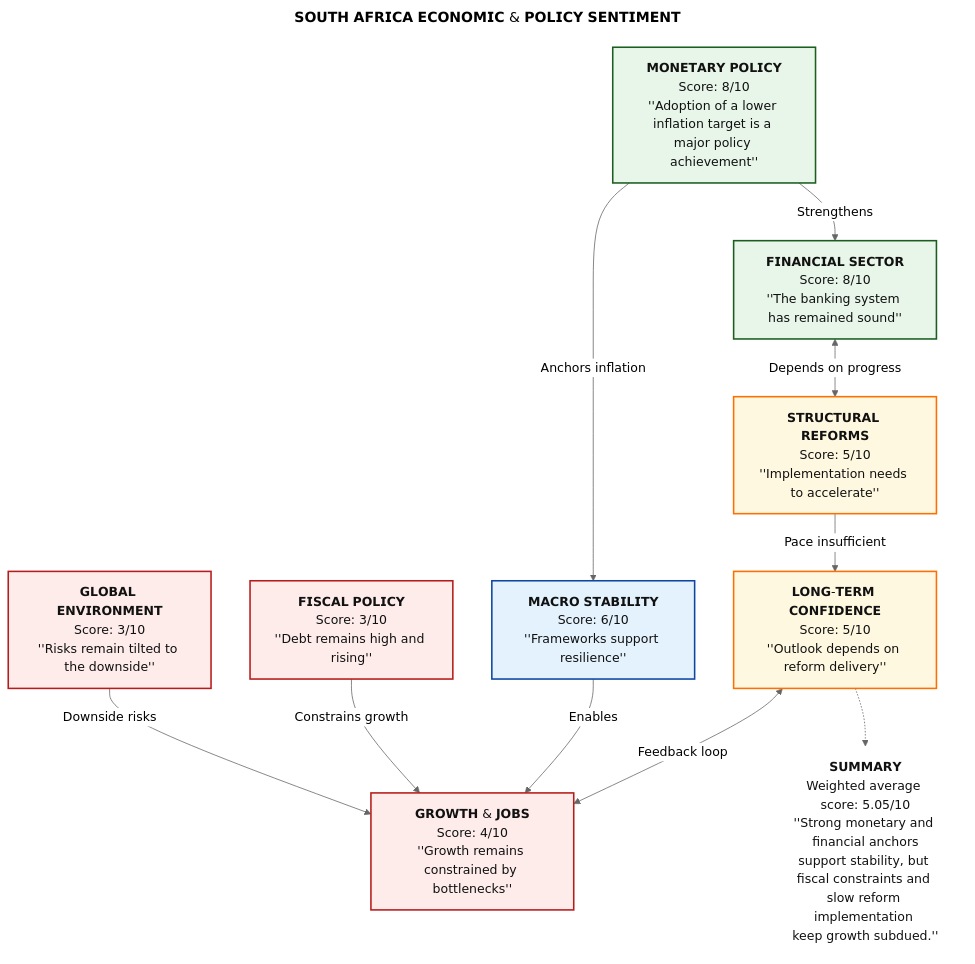
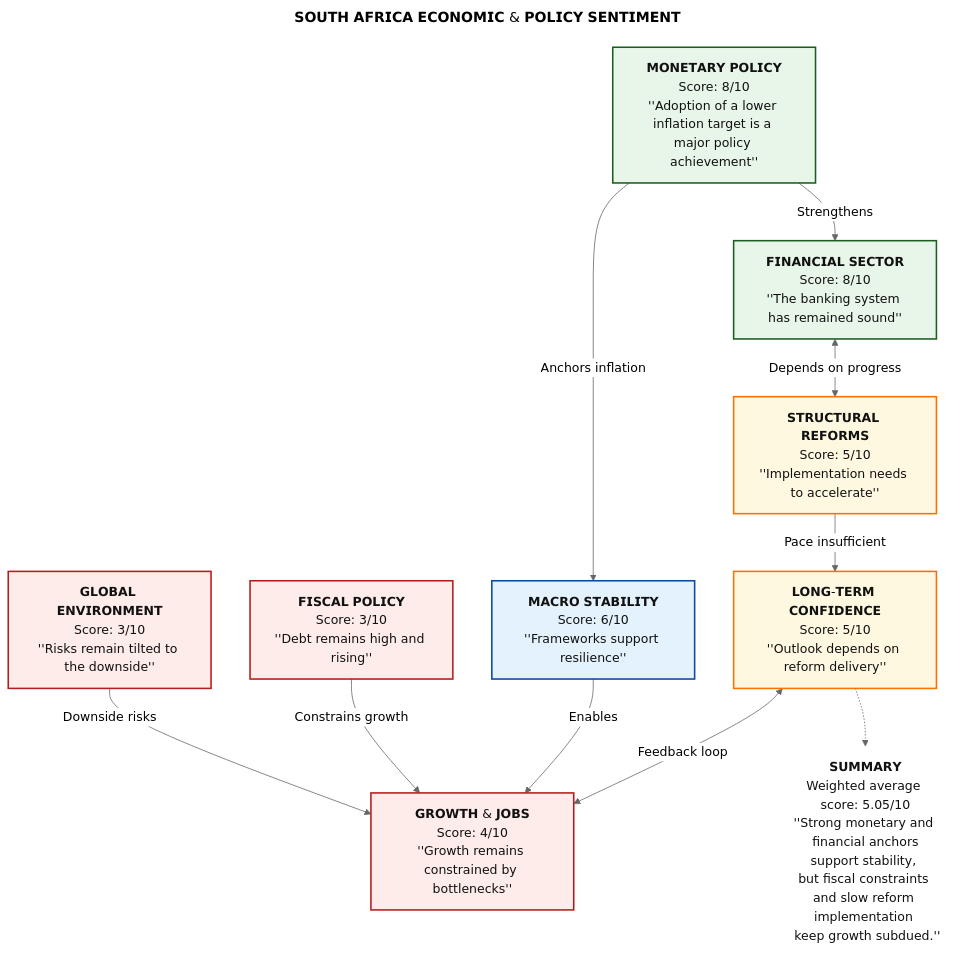
The first of 2 diagrams in articles-posts/economic-sentiment-zaf.md (scanback/docs), drawn with Mermaid (neutral theme) before and after one commit.

```diff
--- a/articles-posts/economic-sentiment-zaf.md
+++ b/articles-posts/economic-sentiment-zaf.md
@@ -26,42 +26,43 @@
 <div class="mermaid">
 ---
 title: 𝗦𝗢𝗨𝗧𝗛 𝗔𝗙𝗥𝗜𝗖𝗔 𝗘𝗖𝗢𝗡𝗢𝗠𝗜𝗖 & 𝗣𝗢𝗟𝗜𝗖𝗬 𝗦𝗘𝗡𝗧𝗜𝗠𝗘𝗡𝗧
 ---
 flowchart TD
 
 %% ========= NODES =========
 GE["𝗚𝗟𝗢𝗕𝗔𝗟 𝗘𝗡𝗩𝗜𝗥𝗢𝗡𝗠𝗘𝗡𝗧\nScore: 3/10<br/>''Risks remain tilted to the downside''"]:::risk
 FP["𝗙𝗜𝗦𝗖𝗔𝗟 𝗣𝗢𝗟𝗜𝗖𝗬\nScore: 3/10<br/>''Debt remains high and rising''"]:::risk
 GJ["𝗚𝗥𝗢𝗪𝗧𝗛 & 𝗝𝗢𝗕𝗦\nScore: 4/10<br/>''Growth remains constrained by bottlenecks''"]:::risk
 MP["𝗠𝗢𝗡𝗘𝗧𝗔𝗥𝗬 𝗣𝗢𝗟𝗜𝗖𝗬\nScore: 8/10<br/>''Adoption of a lower inflation target is a major policy achievement''"]:::strong
 MS["𝗠𝗔𝗖𝗥𝗢 𝗦𝗧𝗔𝗕𝗜𝗟𝗜𝗧𝗬\nScore: 6/10<br/>''Frameworks support resilience''"]:::neutral
 FS["𝗙𝗜𝗡𝗔𝗡𝗖𝗜𝗔𝗟 𝗦𝗘𝗖𝗧𝗢𝗥\nScore: 8/10<br/>''The banking system has remained sound''"]:::strong
 SR["𝗦𝗧𝗥𝗨𝗖𝗧𝗨𝗥𝗔𝗟 𝗥𝗘𝗙𝗢𝗥𝗠𝗦\nScore: 5/10<br/>''Implementation needs to accelerate''"]:::mixed
 LC["𝗟𝗢𝗡𝗚-𝗧𝗘𝗥𝗠 𝗖𝗢𝗡𝗙𝗜𝗗𝗘𝗡𝗖𝗘\nScore: 5/10<br/>''Outlook depends on reform delivery''"]:::mixed
 
 %% ========= RELATIONSHIPS =========
 GE -->|Downside risks| GJ
 FP -->|Constrains growth| GJ
 MP -->|Anchors inflation| MS
 MS -->|Enables| GJ
 MP -->|Strengthens| FS
 FS <-->|Depends on progress| SR
 SR -->|Pace insufficient| LC
 LC <-->|Feedback loop| GJ
 
 %% ========= INVISIBLE LAYOUT CONTROL =========
 ANCHOR[" "]:::anchor
 
 %% ========= SUMMARY (FORCED BELOW, NO VISIBLE ARROWS) =========
-SUM["𝗦𝗨𝗠𝗠𝗔𝗥𝗬<br/>Weighted average score: 5.05/10<br/>''Strong monetary and financial anchors<br/>support stability, but fiscal constraints and <br/>slow reform implementation <br/>keep growth subdued.''"]:::summary
+SUM["𝗦𝗨𝗠𝗠𝗔𝗥𝗬<br/>Weighted average score: 5.05/10<br/>''Strong monetary and financial anchors
+support stability, <br/>but fiscal constraints and slow reform implementation <br/> keep growth subdued.''"]:::summary
 LC -.-> SUM:::anchor
 
 %% ========= STYLES =========
 classDef strong  fill:#E8F5E9,stroke:#1B5E20,stroke-width:2px,color:#111;
 classDef neutral fill:#E3F2FD,stroke:#0D47A1,stroke-width:2px,color:#111;
 classDef mixed   fill:#FFF8E1,stroke:#FF6F00,stroke-width:2px,color:#111;
 classDef risk    fill:#FDECEA,stroke:#B71C1C,stroke-width:2px,color:#111;
 classDef summary fill:#F5F5F5,stroke:#424242,stroke-width:2px,color:#111;
 classDef anchor fill:transparent,stroke:transparent;
 
 </div>
```
